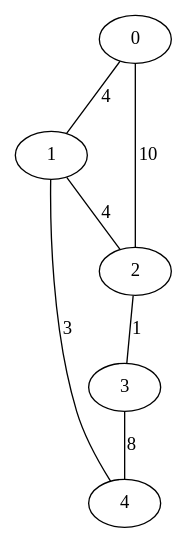
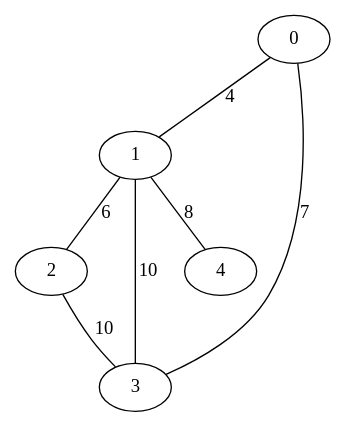
The diagram in grafos/arquivos/grafoAleatorio.dot (lucasszanotelli/TPA), drawn with Graphviz before and after one commit. The commit also changed 7 other files, not shown here.

```diff
--- a/grafos/arquivos/grafoAleatorio.dot
+++ b/grafos/arquivos/grafoAleatorio.dot
@@ -1,13 +1,13 @@
 graph G {
     0;
     1;
     2;
     3;
     4;
+    0 -- 3 [label=7, weight=7];
     0 -- 1 [label=4, weight=4];
-    0 -- 2 [label=10, weight=10];
-    1 -- 2 [label=4, weight=4];
-    1 -- 4 [label=3, weight=3];
-    2 -- 3 [label=1, weight=1];
-    3 -- 4 [label=8, weight=8];
+    1 -- 2 [label=6, weight=6];
+    1 -- 3 [label=10, weight=10];
+    1 -- 4 [label=8, weight=8];
+    2 -- 3 [label=10, weight=10];
 }
```
